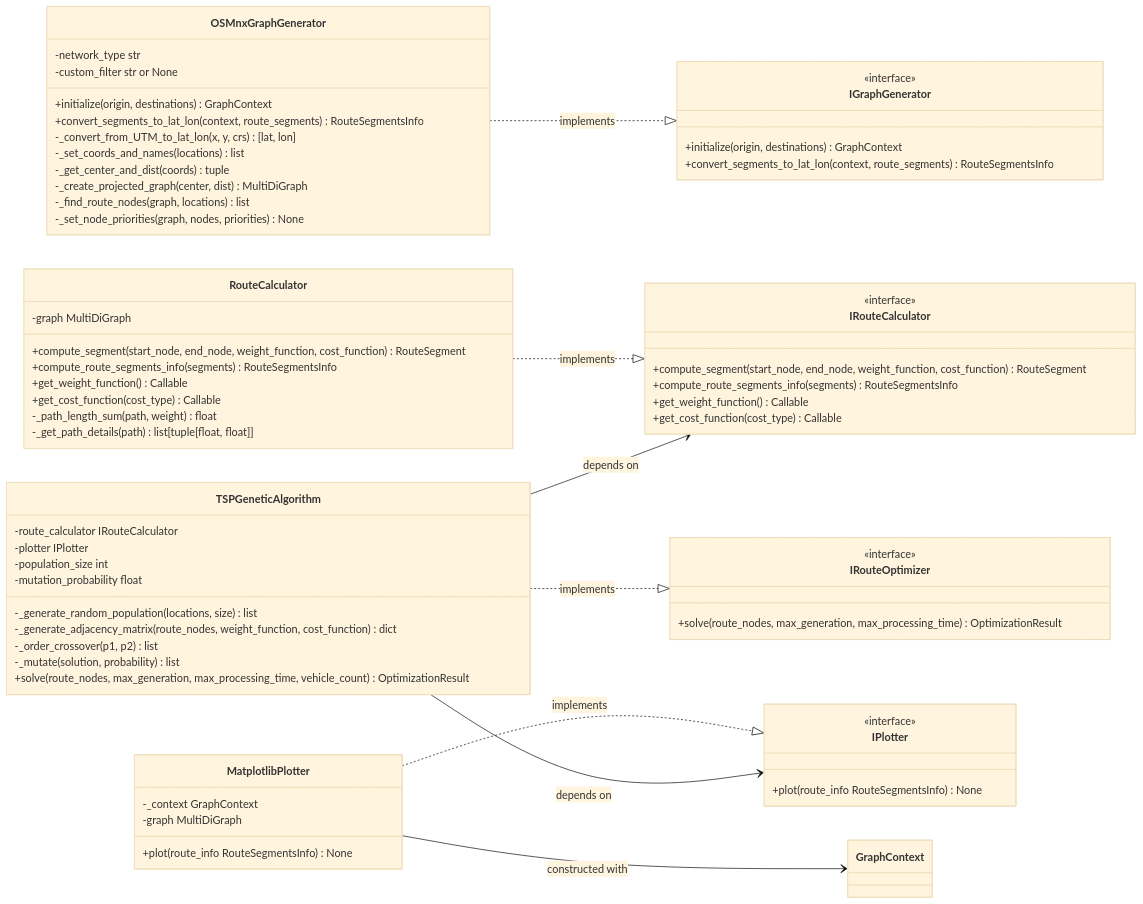
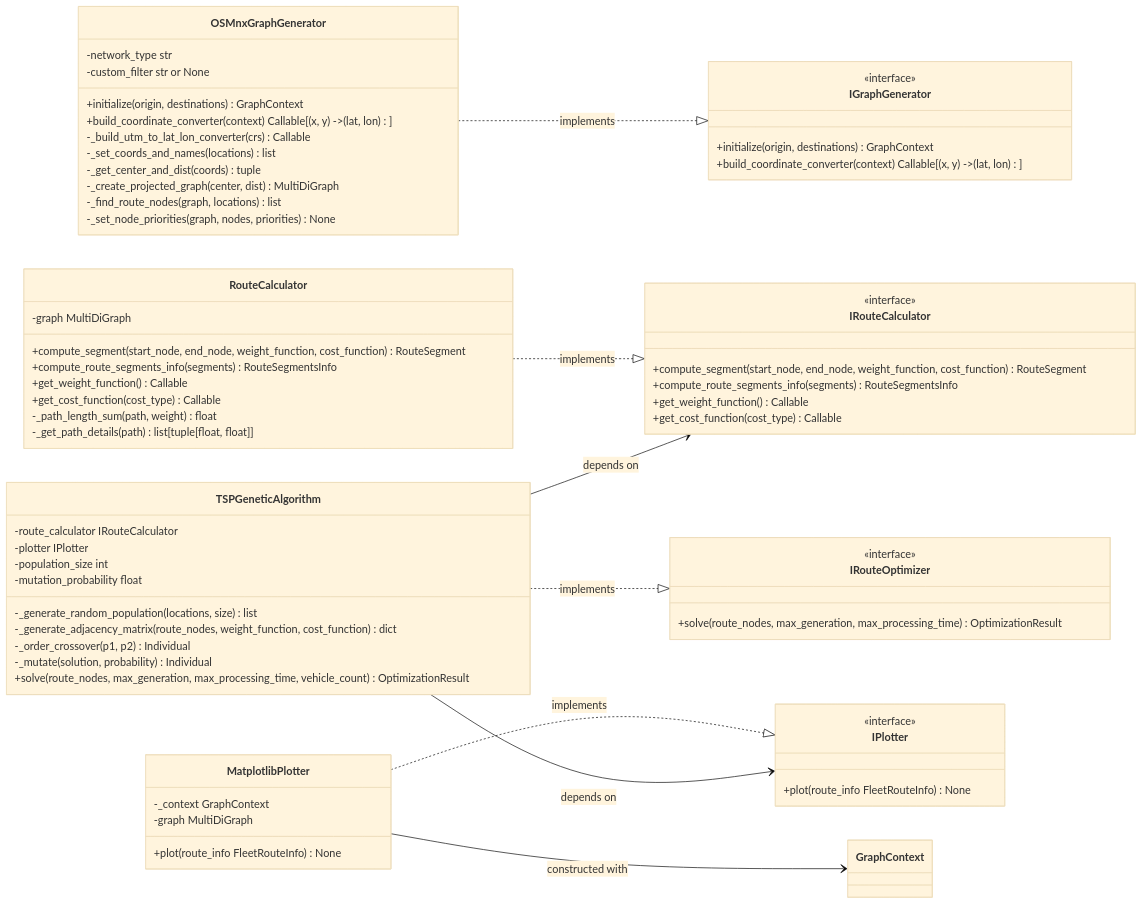
One commit to luizaaca/api_best_route changed the second of 3 diagrams in architecture.md. Above: the diagram before and after it, drawn with Mermaid (base theme). The commit also changed other lines of this file and 13 other files, not shown here.

````diff
--- a/architecture.md
+++ b/architecture.md
@@ -195,78 +215,78 @@
 ```mermaid
 classDiagram
     direction LR
 
     class IGraphGenerator {
         <<interface>>
         +initialize(origin, destinations) GraphContext
-        +convert_segments_to_lat_lon(context, route_segments) RouteSegmentsInfo
+        +build_coordinate_converter(context) Callable[(x, y) -> (lat, lon)]
     }
 
     class IRouteCalculator {
         <<interface>>
         +compute_segment(start_node, end_node, weight_function, cost_function) RouteSegment
         +compute_route_segments_info(segments) RouteSegmentsInfo
         +get_weight_function() Callable
         +get_cost_function(cost_type) Callable
     }
 
     class IRouteOptimizer {
         <<interface>>
         +solve(route_nodes, max_generation, max_processing_time) OptimizationResult
     }
 
     class IPlotter {
         <<interface>>
-        +plot(route_info RouteSegmentsInfo) None
+        +plot(route_info FleetRouteInfo) None
     }
 
     class OSMnxGraphGenerator {
         -network_type str
         -custom_filter str or None
         +initialize(origin, destinations) GraphContext
-        +convert_segments_to_lat_lon(context, route_segments) RouteSegmentsInfo
-        -_convert_from_UTM_to_lat_lon(x, y, crs) [lat, lon]
+        +build_coordinate_converter(context) Callable[(x, y) -> (lat, lon)]
+        -_build_utm_to_lat_lon_converter(crs) Callable
         -_set_coords_and_names(locations) list
         -_get_center_and_dist(coords) tuple
         -_create_projected_graph(center, dist) MultiDiGraph
         -_find_route_nodes(graph, locations) list
         -_set_node_priorities(graph, nodes, priorities) None
     }
 
     class RouteCalculator {
         -graph MultiDiGraph
         +compute_segment(start_node, end_node, weight_function, cost_function) RouteSegment
         +compute_route_segments_info(segments) RouteSegmentsInfo
         +get_weight_function() Callable
         +get_cost_function(cost_type) Callable
         -_path_length_sum(path, weight) float
         -_get_path_details(path) list[tuple[float, float]]
     }
 
     class TSPGeneticAlgorithm {
         -route_calculator IRouteCalculator
         -plotter IPlotter           
         -population_size int
         -mutation_probability float
         -_generate_random_population(locations, size) list
         -_generate_adjacency_matrix(route_nodes, weight_function, cost_function) dict
-        -_order_crossover(p1, p2) list
-        -_mutate(solution, probability) list
+        -_order_crossover(p1, p2) Individual
+        -_mutate(solution, probability) Individual
         +solve(route_nodes, max_generation, max_processing_time, vehicle_count) OptimizationResult
     }
 
     class MatplotlibPlotter {
         -_context GraphContext
         -graph MultiDiGraph
-        +plot(route_info RouteSegmentsInfo) None
+        +plot(route_info FleetRouteInfo) None
     }
 
     OSMnxGraphGenerator ..|> IGraphGenerator : implements
     RouteCalculator ..|> IRouteCalculator : implements
     TSPGeneticAlgorithm ..|> IRouteOptimizer : implements
     MatplotlibPlotter ..|> IPlotter : implements
 
     TSPGeneticAlgorithm --> IRouteCalculator : depends on
     TSPGeneticAlgorithm --> IPlotter : depends on
     MatplotlibPlotter --> GraphContext : constructed with
 ```
````
